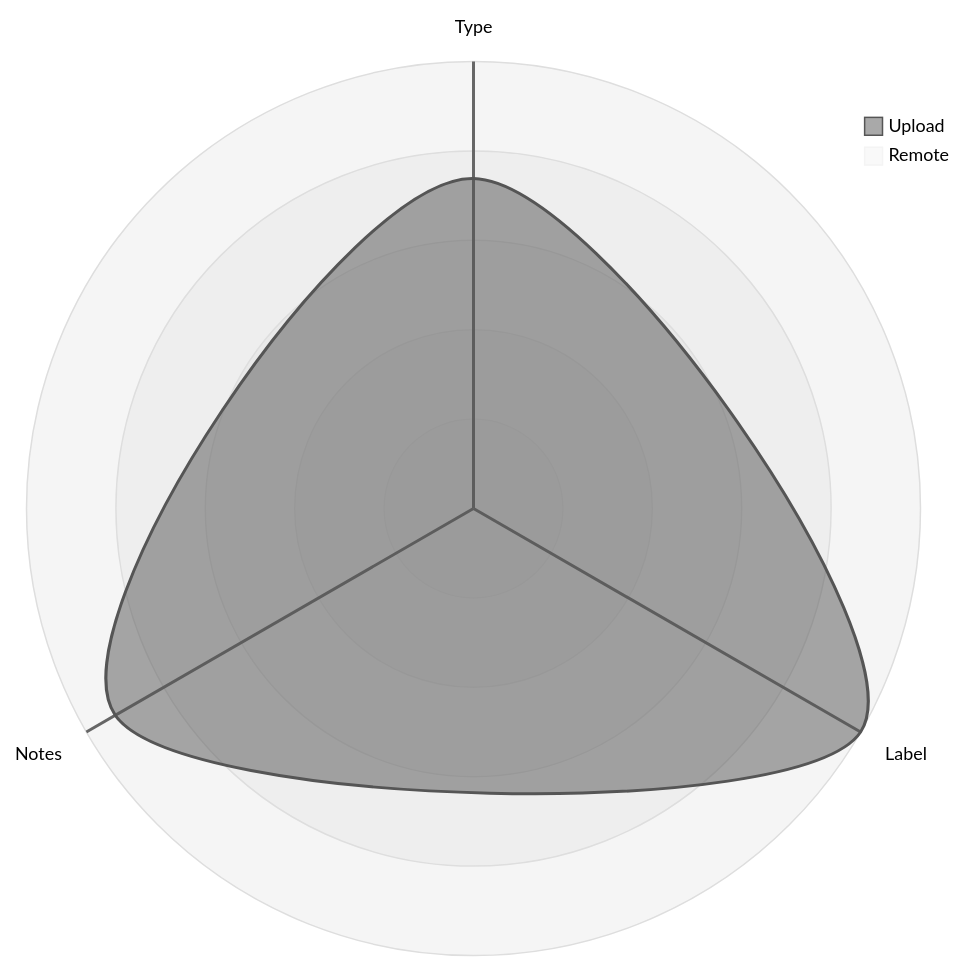
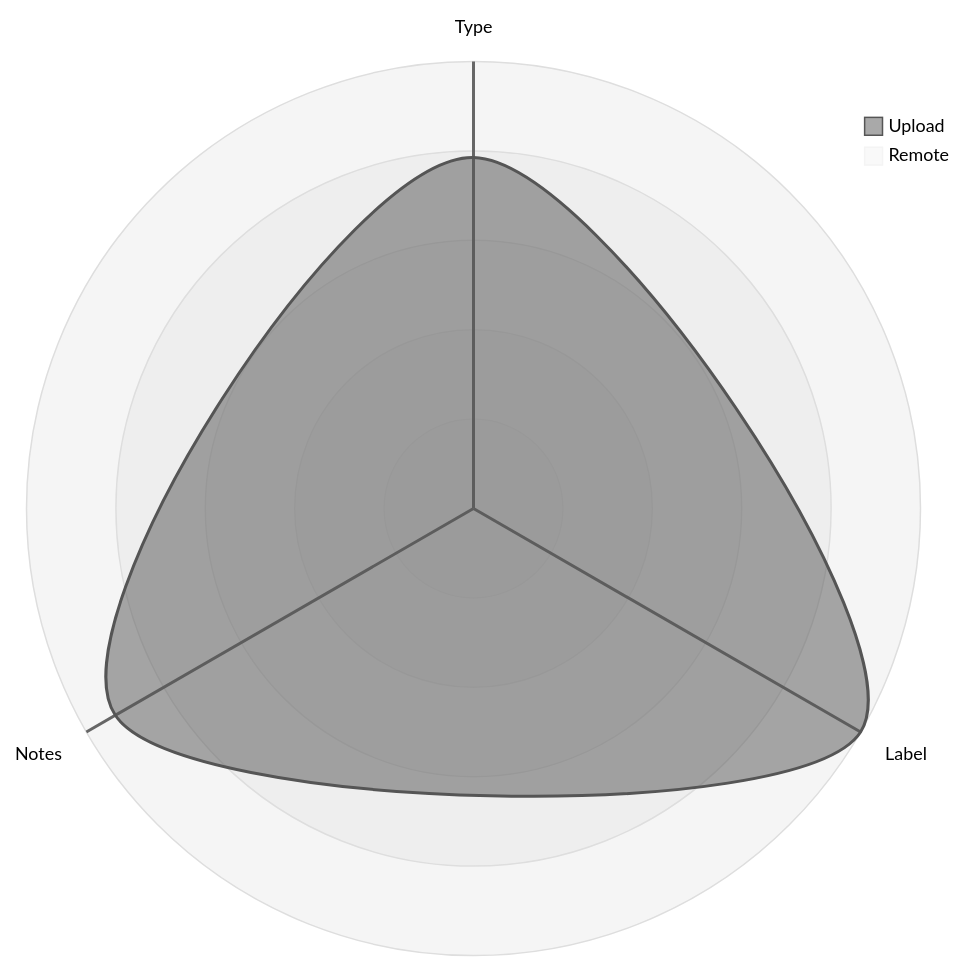
The third of 5 diagrams in datastore_tracker/README.md (open-data/analytics-corporate-reporting), drawn with Mermaid (neutral theme) before and after one commit. The commit also changed 7 other files, not shown here.

````diff
--- a/datastore_tracker/README.md
+++ b/datastore_tracker/README.md
@@ -107,12 +107,12 @@
 ```mermaid
 radar-beta
   axis T["Type"], L["Label"], N["Notes"]
-  curve u["Upload"]{0.00079, 0.00107, 0.00099}
+  curve u["Upload"]{0.00084, 0.00107, 0.00099}
   curve r["Remote"]{0, 0, 0}
 
   showLegend true
 
   min 0
   graticule circle
   ticks 5
 ```
````
